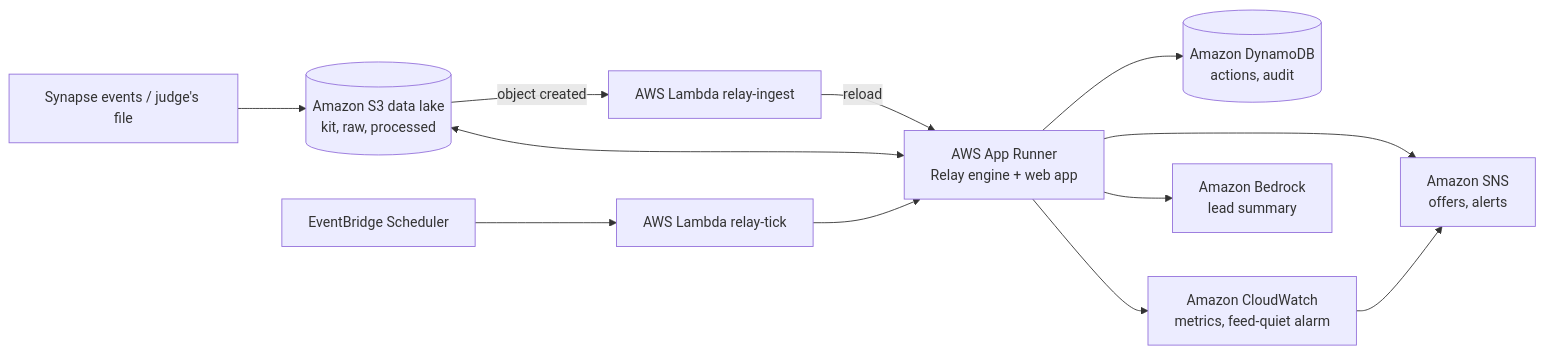
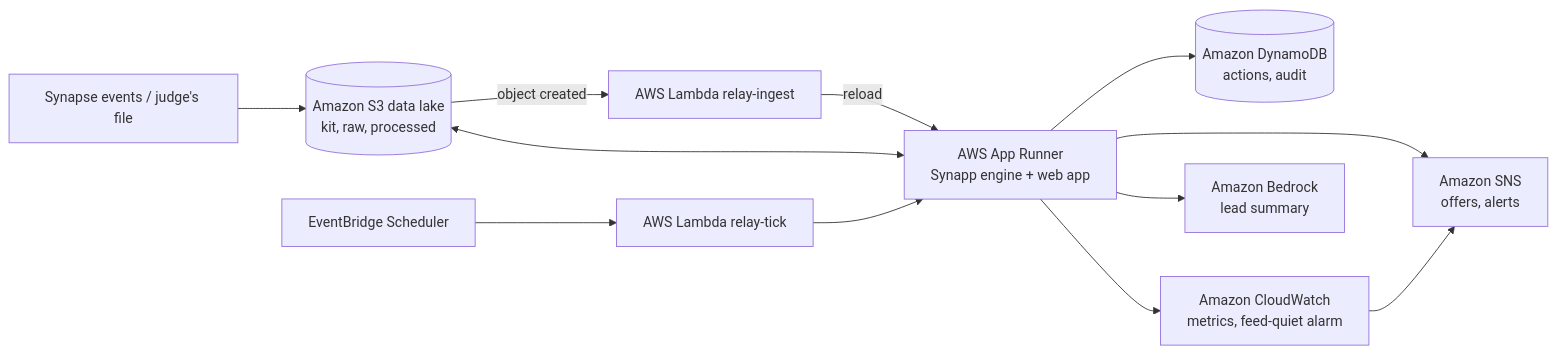
Before and after one commit to Sravya-Pogiri/Health_hack_2026: the diagram in README.md, drawn with Mermaid. The commit also changed other lines of this file and 16 other files, not shown here.

First line of the commit message:
Rename the product from Relay to Synapp

````diff
--- a/README.md
+++ b/README.md
@@ -65,12 +65,12 @@
 ```mermaid
 flowchart LR
   A[Synapse events / judge's file] --> S3[(Amazon S3 data lake<br/>kit, raw, processed)]
   S3 -- object created --> L[AWS Lambda relay-ingest]
-  L -- reload --> AR[AWS App Runner<br/>Relay engine + web app]
+  L -- reload --> AR[AWS App Runner<br/>Synapp engine + web app]
   AR <--> S3
   AR --> D[(Amazon DynamoDB<br/>actions, audit)]
   AR --> SNS[Amazon SNS<br/>offers, alerts]
   AR --> B[Amazon Bedrock<br/>lead summary]
   ES[EventBridge Scheduler] --> T[AWS Lambda relay-tick] --> AR
   AR --> CW[Amazon CloudWatch<br/>metrics, feed-quiet alarm] --> SNS
 ```
````
